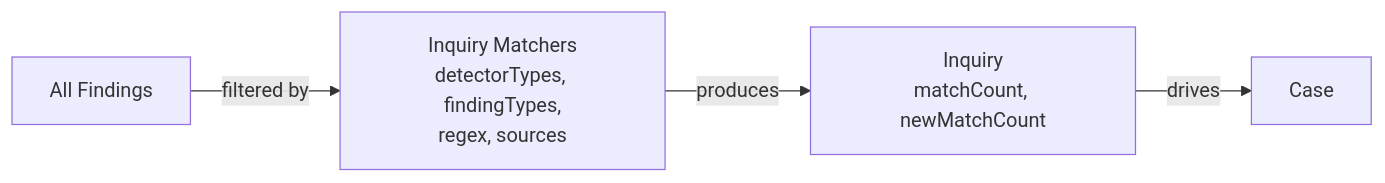
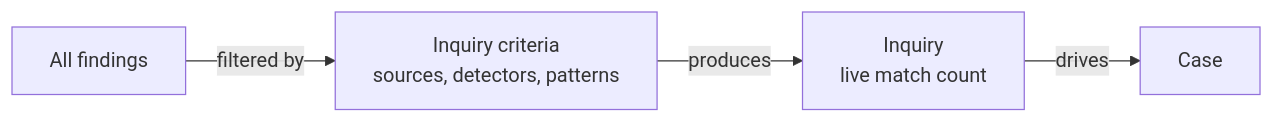
The first of 3 diagrams in apps/docs/app/flow/investigations/inquiry/page.mdx (classifyre/classifyre), drawn with Mermaid before and after one commit. The commit also changed other lines of this file and 31 other files, not shown here.

````diff
--- a/apps/docs/app/flow/investigations/inquiry/page.mdx
+++ b/apps/docs/app/flow/investigations/inquiry/page.mdx
@@ -13,11 +13,11 @@
 ```mermaid
 graph LR
-    Findings["All Findings"]
-    Matchers["Inquiry Matchers<br/>detectorTypes, findingTypes,<br/>regex, sources"]
-    Inquiry["Inquiry<br/>matchCount, newMatchCount"]
+    Findings["All findings"]
+    Matchers["Inquiry criteria<br/>sources, detectors, patterns"]
+    Inquiry["Inquiry<br/>live match count"]
     Case["Case"]
 
     Findings -- "filtered by" --> Matchers
     Matchers -- "produces" --> Inquiry
     Inquiry -- "drives" --> Case
 ```
````
